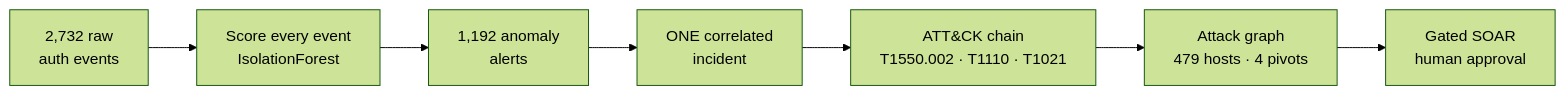
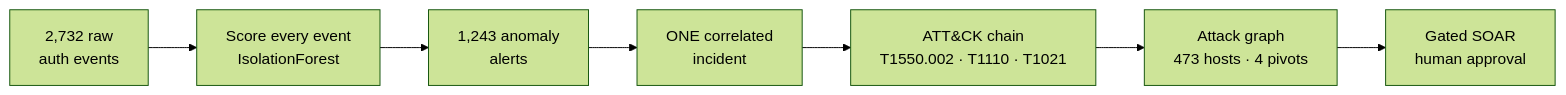
One commit to RishiiGamer2201/resilience-graph-ai changed the second of 4 diagrams in PITCH_DECK.md. Above: the diagram before and after it, drawn with Mermaid (forest theme). The commit also changed other lines of this file and 35 other files, not shown here.

````diff
--- a/PITCH_DECK.md
+++ b/PITCH_DECK.md
@@ -98,9 +98,9 @@
 ```mermaid
 flowchart LR
   A["2,732 raw<br/>auth events"] --> B["Score every event<br/>IsolationForest"]
-  B --> C["1,192 anomaly<br/>alerts"]
+  B --> C["1,243 anomaly<br/>alerts"]
   C --> D["ONE correlated<br/>incident"]
   D --> E["ATT&CK chain<br/>T1550.002 · T1110 · T1021"]
-  E --> F["Attack graph<br/>479 hosts · 4 pivots"]
+  E --> F["Attack graph<br/>473 hosts · 4 pivots"]
   F --> G["Gated SOAR<br/>human approval"]
 ```
````
